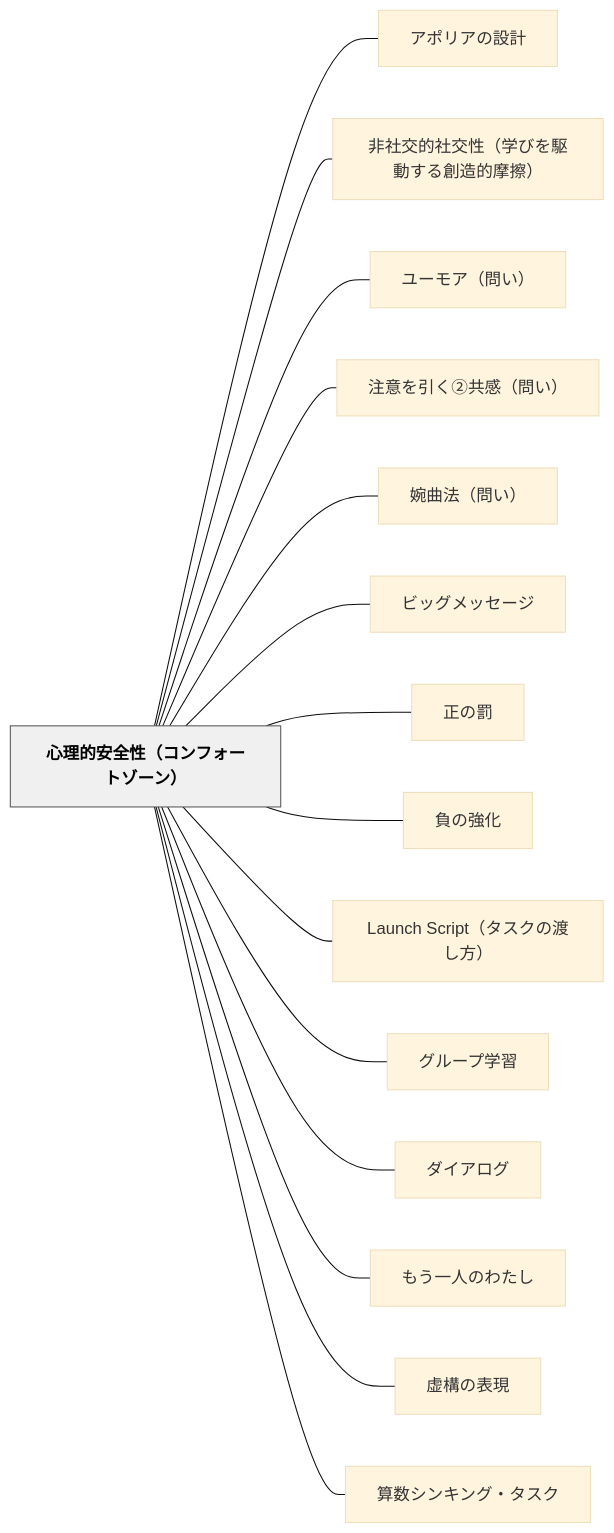
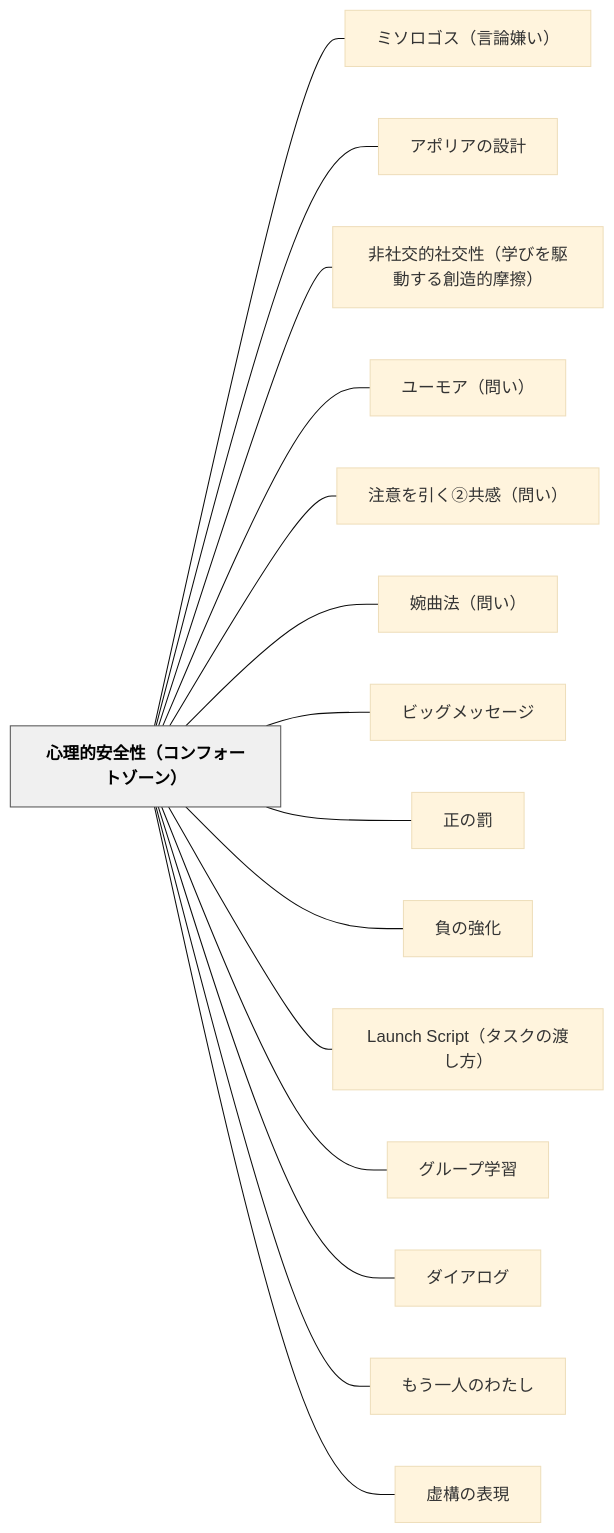
One commit to unknownthings-ed-patterns/unknownthings-ed-patterns changed the diagram in content/パタン/心理的安全性（コンフォートゾーン）.md. Above: the diagram before and after it, drawn with Mermaid (base theme). The commit also changed other lines of this file and 18 other files, not shown here.

````diff
--- a/content/パタン/心理的安全性（コンフォートゾーン）.md
+++ b/content/パタン/心理的安全性（コンフォートゾーン）.md
@@ -69,36 +69,36 @@
 ```mermaid
 flowchart LR
     ne5bf83e79086e79a84e5ae89e585a8e680a7efbc88e382b3e383b3e38395e382a9e383bce38388e382bee383bce383b3efbc89["心理的安全性（コンフォートゾーン）"]
+    ne3839fe382bde383ade382b4e382b9efbc88e8a880e8ab96e5ab8ce38184efbc89["ミソロゴス（言論嫌い）"]
     ne382a2e3839de383aae382a2e381aee8a8ade8a888["アポリアの設計"]
     ne99d9ee7a4bee4baa4e79a84e7a4bee4baa4e680a7efbc88e5ada6e381b3e38292e9a786e58b95e38199e3828be589b5e980a0e79a84e691a9e693a6efbc89["非社交的社交性（学びを駆動する創造的摩擦）"]
     ne383a6e383bce383a2e382a2efbc88e5958fe38184efbc89["ユーモア（問い）"]
     ne6b3a8e6848fe38292e5bc95e3818fe291a1e585b1e6849fefbc88e5958fe38184efbc89["注意を引く②共感（問い）"]
     ne5a989e69bb2e6b395efbc88e5958fe38184efbc89["婉曲法（問い）"]
     ne38393e38383e382b0e383a1e38383e382bbe383bce382b8["ビッグメッセージ"]
     ne6ada3e381aee7bdb0["正の罰"]
     ne8b2a0e381aee5bcb7e58c96["負の強化"]
     n4c61756e636820536372697074efbc88e382bfe382b9e382afe381aee6b8a1e38197e696b9efbc89["Launch Script（タスクの渡し方）"]
     ne382b0e383abe383bce38397e5ada6e7bf92["グループ学習"]
     ne38380e382a4e382a2e383ade382b0["ダイアログ"]
     ne38282e38186e4b880e4babae381aee3828fe3819fe38197["もう一人のわたし"]
     ne8999ae6a78be381aee8a1a8e78fbe["虚構の表現"]
-    ne7ae97e695b0e382b7e383b3e382ade383b3e382b0e383bbe382bfe382b9e382af["算数シンキング・タスク"]
 
+    ne5bf83e79086e79a84e5ae89e585a8e680a7efbc88e382b3e383b3e38395e382a9e383bce38388e382bee383bce383b3efbc89 --- ne3839fe382bde383ade382b4e382b9efbc88e8a880e8ab96e5ab8ce38184efbc89
     ne5bf83e79086e79a84e5ae89e585a8e680a7efbc88e382b3e383b3e38395e382a9e383bce38388e382bee383bce383b3efbc89 --- ne382a2e3839de383aae382a2e381aee8a8ade8a888
     ne5bf83e79086e79a84e5ae89e585a8e680a7efbc88e382b3e383b3e38395e382a9e383bce38388e382bee383bce383b3efbc89 --- ne99d9ee7a4bee4baa4e79a84e7a4bee4baa4e680a7efbc88e5ada6e381b3e38292e9a786e58b95e38199e3828be589b5e980a0e79a84e691a9e693a6efbc89
     ne5bf83e79086e79a84e5ae89e585a8e680a7efbc88e382b3e383b3e38395e382a9e383bce38388e382bee383bce383b3efbc89 --- ne383a6e383bce383a2e382a2efbc88e5958fe38184efbc89
     ne5bf83e79086e79a84e5ae89e585a8e680a7efbc88e382b3e383b3e38395e382a9e383bce38388e382bee383bce383b3efbc89 --- ne6b3a8e6848fe38292e5bc95e3818fe291a1e585b1e6849fefbc88e5958fe38184efbc89
     ne5bf83e79086e79a84e5ae89e585a8e680a7efbc88e382b3e383b3e38395e382a9e383bce38388e382bee383bce383b3efbc89 --- ne5a989e69bb2e6b395efbc88e5958fe38184efbc89
     ne5bf83e79086e79a84e5ae89e585a8e680a7efbc88e382b3e383b3e38395e382a9e383bce38388e382bee383bce383b3efbc89 --- ne38393e38383e382b0e383a1e38383e382bbe383bce382b8
     ne5bf83e79086e79a84e5ae89e585a8e680a7efbc88e382b3e383b3e38395e382a9e383bce38388e382bee383bce383b3efbc89 --- ne6ada3e381aee7bdb0
     ne5bf83e79086e79a84e5ae89e585a8e680a7efbc88e382b3e383b3e38395e382a9e383bce38388e382bee383bce383b3efbc89 --- ne8b2a0e381aee5bcb7e58c96
     ne5bf83e79086e79a84e5ae89e585a8e680a7efbc88e382b3e383b3e38395e382a9e383bce38388e382bee383bce383b3efbc89 --- n4c61756e636820536372697074efbc88e382bfe382b9e382afe381aee6b8a1e38197e696b9efbc89
     ne5bf83e79086e79a84e5ae89e585a8e680a7efbc88e382b3e383b3e38395e382a9e383bce38388e382bee383bce383b3efbc89 --- ne382b0e383abe383bce38397e5ada6e7bf92
     ne5bf83e79086e79a84e5ae89e585a8e680a7efbc88e382b3e383b3e38395e382a9e383bce38388e382bee383bce383b3efbc89 --- ne38380e382a4e382a2e383ade382b0
     ne5bf83e79086e79a84e5ae89e585a8e680a7efbc88e382b3e383b3e38395e382a9e383bce38388e382bee383bce383b3efbc89 --- ne38282e38186e4b880e4babae381aee3828fe3819fe38197
     ne5bf83e79086e79a84e5ae89e585a8e680a7efbc88e382b3e383b3e38395e382a9e383bce38388e382bee383bce383b3efbc89 --- ne8999ae6a78be381aee8a1a8e78fbe
-    ne5bf83e79086e79a84e5ae89e585a8e680a7efbc88e382b3e383b3e38395e382a9e383bce38388e382bee383bce383b3efbc89 --- ne7ae97e695b0e382b7e383b3e382ade383b3e382b0e383bbe382bfe382b9e382af
 
     classDef hub fill:#f0f0f0,stroke:#555,color:#000,font-weight:bold
     class ne5bf83e79086e79a84e5ae89e585a8e680a7efbc88e382b3e383b3e38395e382a9e383bce38388e382bee383bce383b3efbc89 hub
 ```
````
